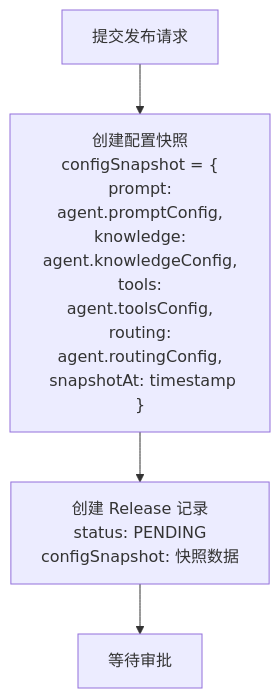
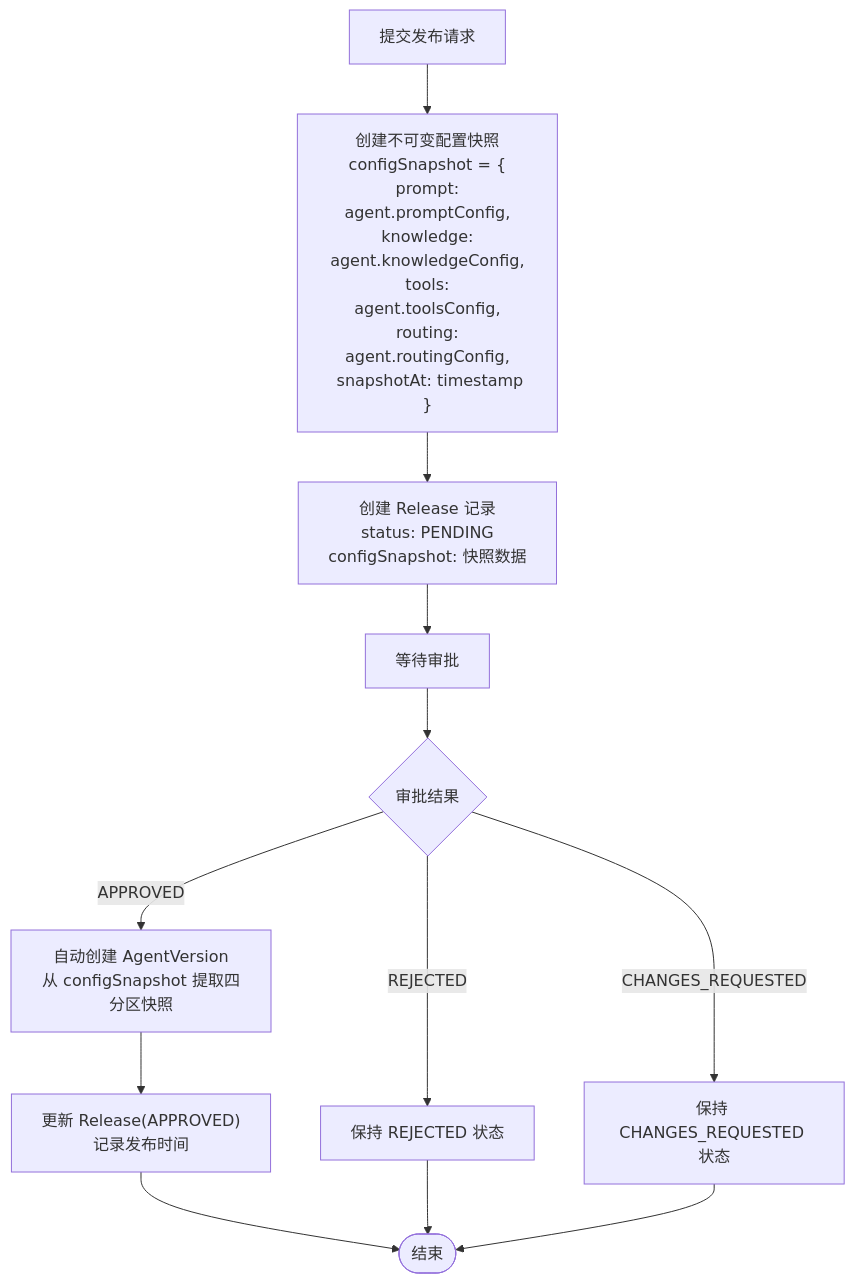
One commit to ai-guru-global/agent-up changed the fourth of 8 diagrams in .qoder/repowiki/zh/content/功能模块/版本控制.md. Above: the diagram before and after it, drawn with Mermaid. The commit also changed other lines of this file and 59 other files, not shown here.

````diff
--- a/.qoder/repowiki/zh/content/功能模块/版本控制.md
+++ b/.qoder/repowiki/zh/content/功能模块/版本控制.md
@@ -187,6 +217,14 @@
 ```mermaid
 flowchart TD
-Submit["提交发布请求"] --> CreateSnapshot["创建配置快照<br/>configSnapshot = {<br/> prompt: agent.promptConfig,<br/> knowledge: agent.knowledgeConfig,<br/> tools: agent.toolsConfig,<br/> routing: agent.routingConfig,<br/> snapshotAt: timestamp<br/>}"]
+Submit["提交发布请求"] --> CreateSnapshot["创建不可变配置快照<br/>configSnapshot = {<br/> prompt: agent.promptConfig,<br/> knowledge: agent.knowledgeConfig,<br/> tools: agent.toolsConfig,<br/> routing: agent.routingConfig,<br/> snapshotAt: timestamp<br/>}"]
 CreateSnapshot --> CreateRelease["创建 Release 记录<br/>status: PENDING<br/>configSnapshot: 快照数据"]
 CreateRelease --> WaitApproval["等待审批"]
+WaitApproval --> Approve{"审批结果"}
+Approve --> |APPROVED| AutoCreate["自动创建 AgentVersion<br/>从 configSnapshot 提取四分区快照"]
+Approve --> |REJECTED| Reject["保持 REJECTED 状态"]
+Approve --> |CHANGES_REQUESTED| RequestChanges["保持 CHANGES_REQUESTED 状态"]
+AutoCreate --> Publish["更新 Release(APPROVED)<br/>记录发布时间"]
+Publish --> End(["结束"])
+Reject --> End
+RequestChanges --> End
 ```
````
